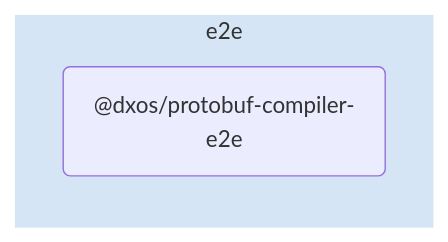
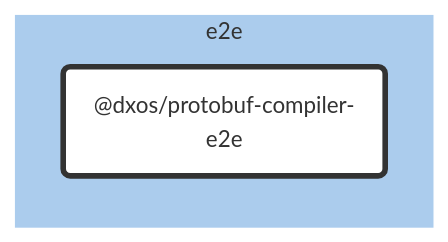
One commit to dxos/dxos changed the diagram in e2e/protobuf-compiler/docs/README.md. Above: the diagram before and after it, drawn with Mermaid. The commit also changed other lines of this file and 89 other files, not shown here.

````diff
--- a/e2e/protobuf-compiler/docs/README.md
+++ b/e2e/protobuf-compiler/docs/README.md
@@ -5,9 +7,25 @@
 ```mermaid
-flowchart LR;
+%%{ init: {'flowchart':{'curve':'basis'}} }%%
 
+flowchart LR
+
+%% Links
+
+%% Sections
 subgraph e2e
-  style e2e fill:#d6e5f5,stroke:#fff;
-  dxos/protobuf-compiler-e2e("@dxos/protobuf-compiler-e2e");
+  style e2e fill:#abcced,stroke:#fff;
+
+  dxos/protobuf-compiler-e2e("@dxos/protobuf-compiler-e2e")
 end
 
+
+%% Hyperlinks
+
+%% Styles
+classDef rootNode fill:#fff,stroke:#333,stroke-width:4px
+classDef defaultNode fill:#fff,stroke:#333,stroke-width:1px
+linkStyle default stroke:#333,stroke-width:1px
+
+dxos/protobuf-compiler-e2e:::rootNode
+
 ```
````
